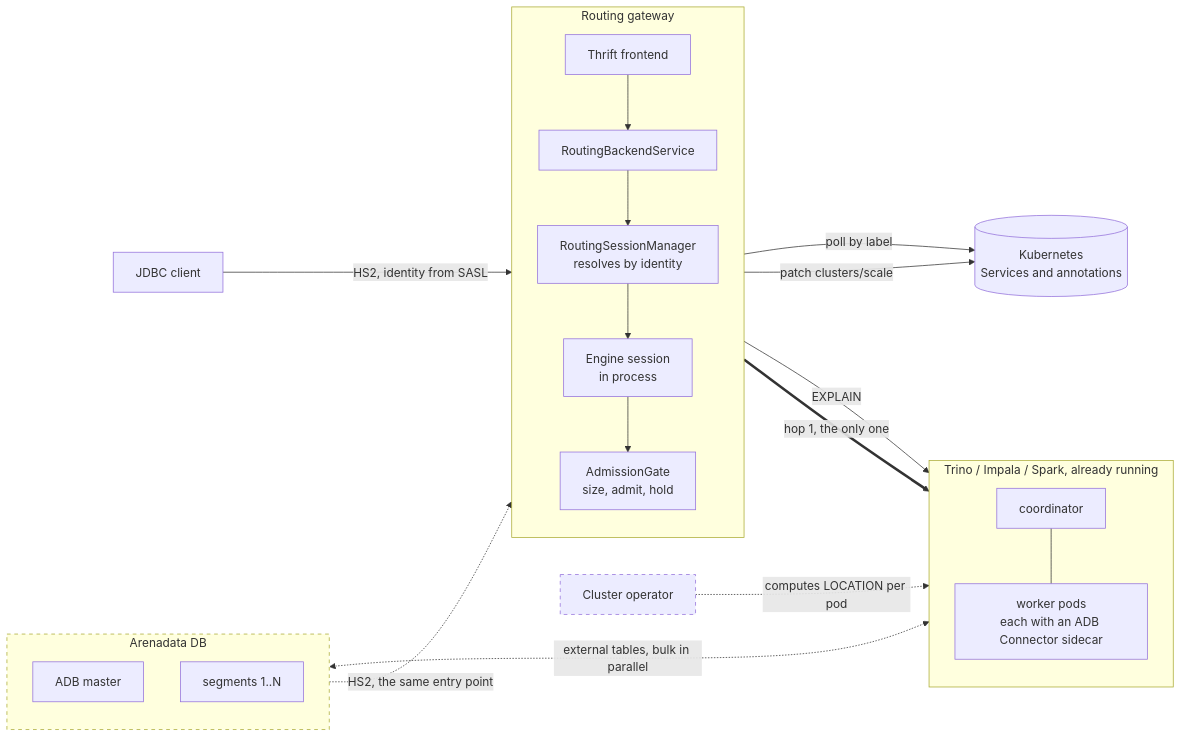
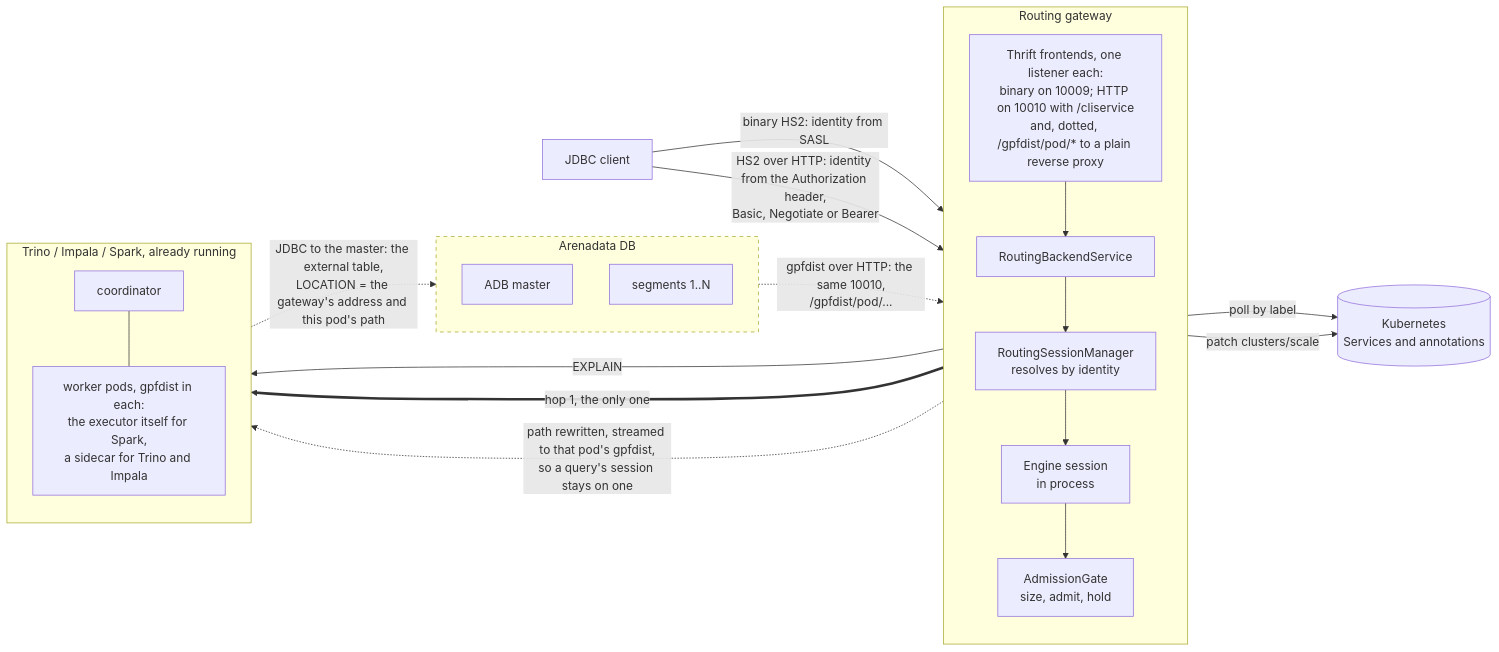
The second of 2 diagrams in kyuubi-routing-gateway/README.md (arenadata/kyuubi), drawn with Mermaid before and after one commit. The commit also changed other lines of this file and 1 other file, not shown here.

Commit message:
docs: gpfdist lives in the pod; the gateway only maps a path to it

````diff
--- a/kyuubi-routing-gateway/README.md
+++ b/kyuubi-routing-gateway/README.md
@@ -58,44 +58,44 @@
 ```mermaid
 flowchart LR
     client["JDBC client"]
 
     subgraph adb["Arenadata DB"]
         direction TB
         master["ADB master"]
         segs["segments 1..N"]
     end
 
     subgraph gw["Routing gateway"]
         direction TB
-        fe["Thrift frontend"]
+        fe["Thrift frontends, one listener each:<br/>binary on 10009; HTTP on 10010 with /cliservice<br/>and, dotted, /gpfdist/pod/* to a plain reverse proxy"]
         be["RoutingBackendService"]
         sm["RoutingSessionManager<br/>resolves by identity"]
         ks["Engine session<br/>in process"]
         gate["AdmissionGate<br/>size, admit, hold"]
         fe --> be --> sm --> ks
         ks --> gate
     end
 
     k8s[("Kubernetes<br/>Services and annotations")]
-    op["Cluster operator"]
 
     subgraph cl["Trino / Impala / Spark, already running"]
         direction TB
         coord["coordinator"]
-        pods["worker pods<br/>each with an ADB Connector sidecar"]
+        pods["worker pods, gpfdist in each:<br/>the executor itself for Spark,<br/>a sidecar for Trino and Impala"]
         coord --- pods
     end
 
-    client -->|HS2, identity from SASL| fe
+    client -->|binary HS2: identity from SASL| fe
+    client -->|HS2 over HTTP: identity from the Authorization header,<br/>Basic, Negotiate or Bearer| fe
     sm -->|poll by label| k8s
     gate -->|EXPLAIN| coord
     gate -->|patch clusters/scale| k8s
     ks ==>|hop 1, the only one| coord
 
-    master -.->|HS2, the same entry point| fe
-    op -.->|computes LOCATION per pod| pods
-    segs <-.->|external tables, bulk in parallel| pods
+    pods -.->|JDBC to the master: the external table,<br/>LOCATION = the gateway's address and this pod's path| master
+    segs -.->|gpfdist over HTTP: the same 10010,<br/>/gpfdist/pod/...| fe
+    fe -.->|path rewritten, streamed to that pod's gpfdist,<br/>so a query's session stays on one| pods
 
     classDef dotted stroke-dasharray: 5 5
-    class adb,op dotted
+    class adb dotted
 ```
````
